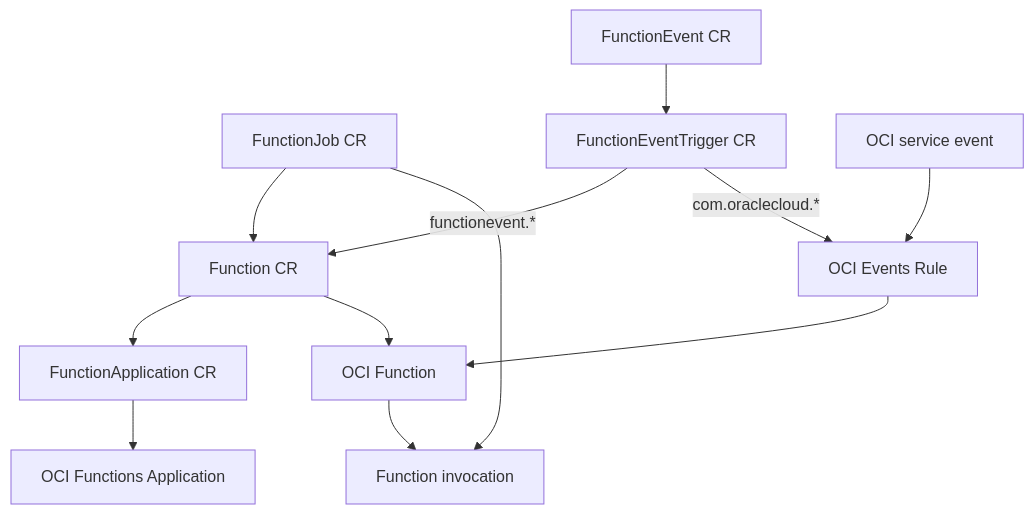
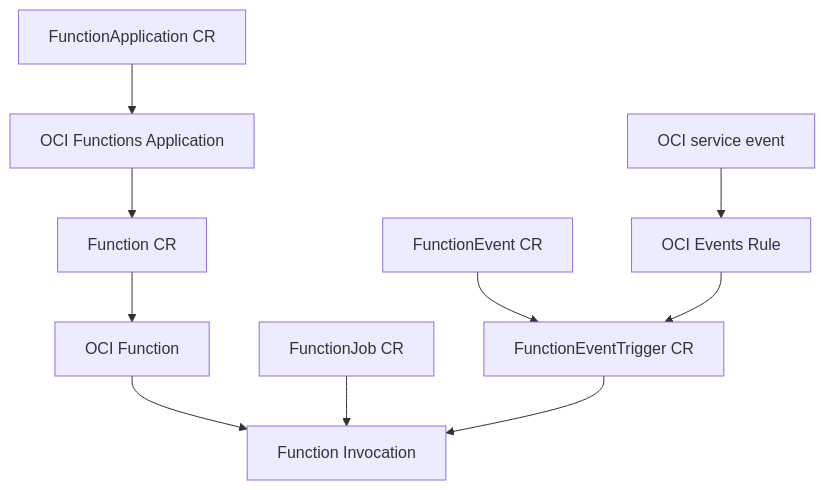
The diagram in README.md (ronsevetoci/oci-functions-operator), drawn with Mermaid before and after one commit. The commit also changed other lines of this file, not shown here.

````diff
--- a/README.md
+++ b/README.md
@@ -25,14 +25,25 @@
 ```mermaid
-flowchart TD
-    FA[FunctionApplication CR] --> OCIAPP[OCI Functions Application]
-    FN[Function CR] --> FA
-    FN --> OCIFN[OCI Function]
-    FJ[FunctionJob CR] --> FN
-    FE[FunctionEvent CR] --> FET[FunctionEventTrigger CR]
-    FET -->|functionevent.*| FN
-    FET -->|com.oraclecloud.*| RULE[OCI Events Rule]
-    OCI[OCI service event] --> RULE
-    RULE --> OCIFN
-    OCIFN --> INVOKE[Function invocation]
-    FJ --> INVOKE
+flowchart TB
+    APPCR[FunctionApplication CR]
+    APP[OCI Functions Application]
+    FNCR[Function CR]
+    FN[OCI Function]
+    INVOKE[Function Invocation]
+
+    APPCR --> APP
+    APP --> FNCR
+    FNCR --> FN
+    FN --> INVOKE
+
+    JOB[FunctionJob CR]
+    TRIGGER[FunctionEventTrigger CR]
+    EVENT[FunctionEvent CR]
+    OCIEVENT[OCI service event]
+    RULE[OCI Events Rule]
+
+    JOB --> INVOKE
+    EVENT --> TRIGGER
+    OCIEVENT --> RULE
+    RULE --> TRIGGER
+    TRIGGER --> INVOKE
 ```
````
